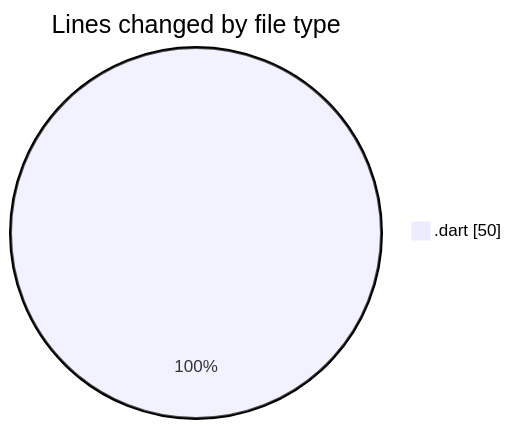
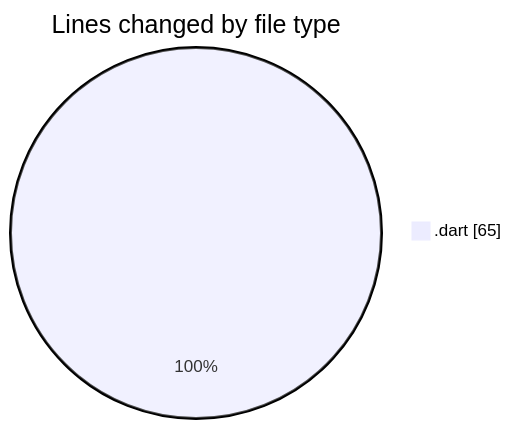
Before and after one commit to idhammustaqopulfikri/code-tracking: the first of 2 diagrams in 2025-04-17/belajar_flutter/README.md, drawn with Mermaid. The commit also changed other lines of this file and 1 other file, not shown here.

````diff
--- a/2025-04-17/belajar_flutter/README.md
+++ b/2025-04-17/belajar_flutter/README.md
@@ -21,5 +21,5 @@
 ```mermaid
 pie showData
 title Lines changed by file type
-".dart" : 50
+".dart" : 65
 ```
````
